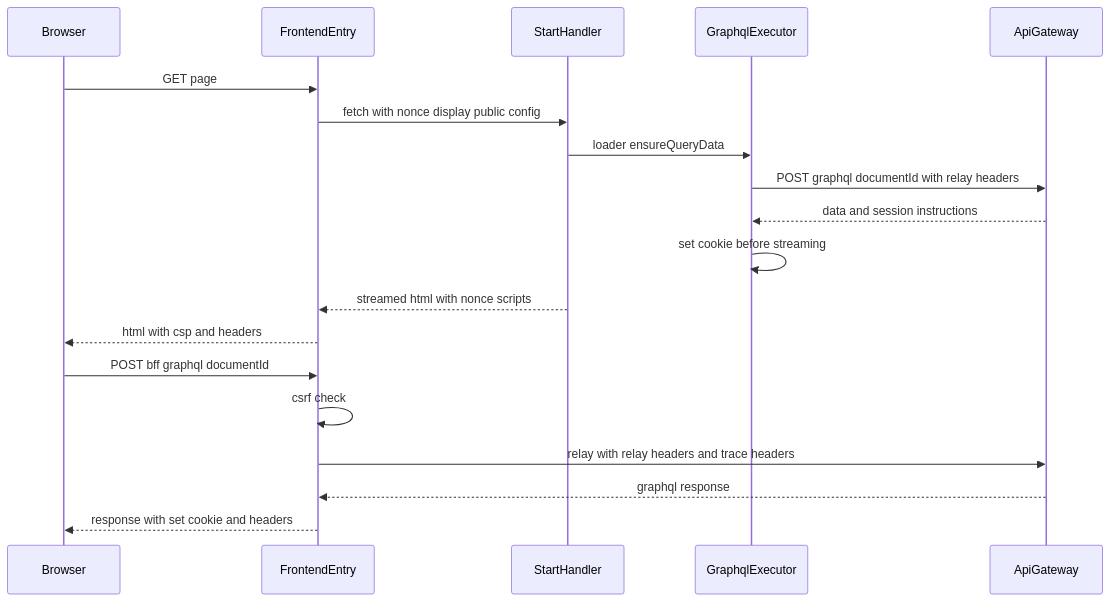
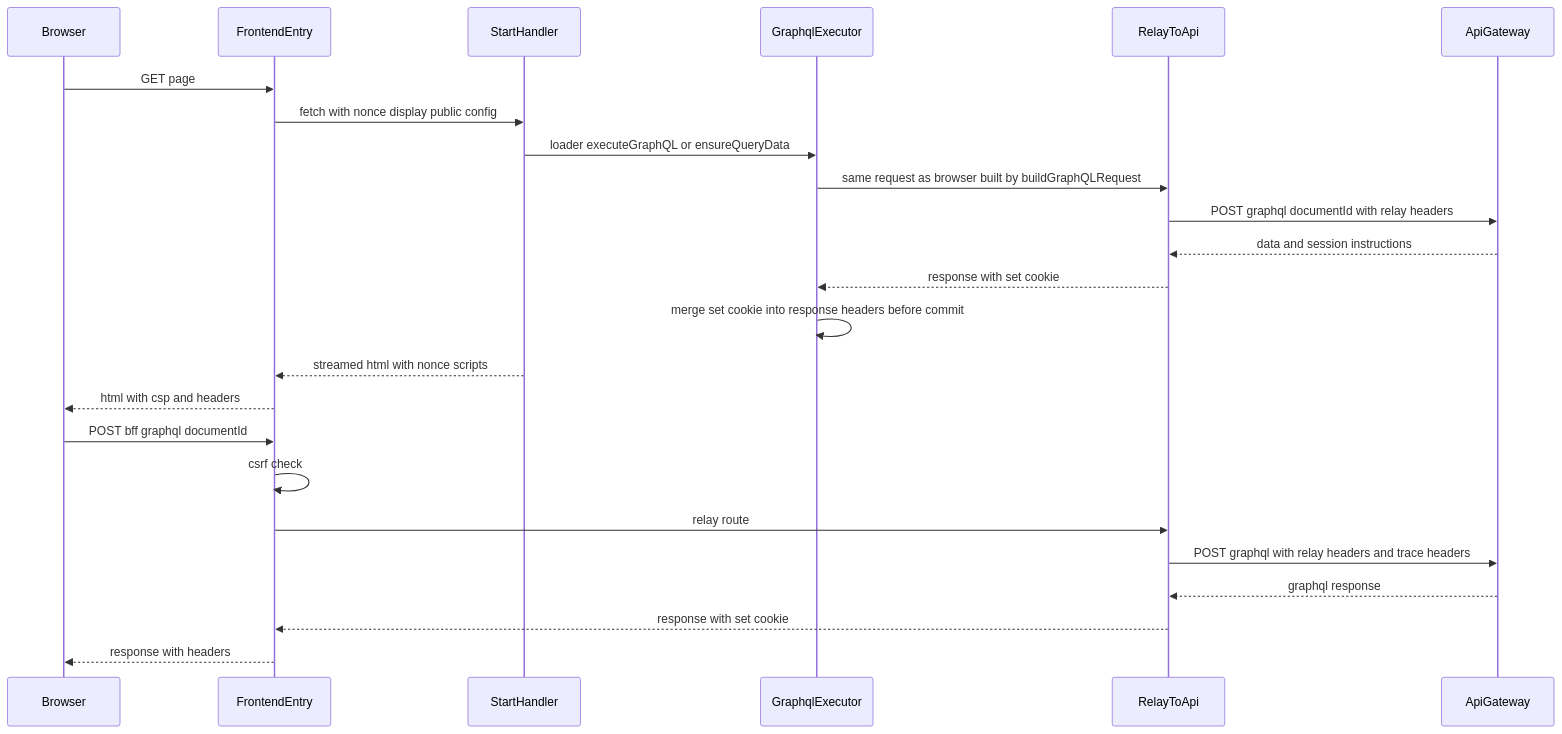
One commit to kurachiweb/genai-example-2-launch-platform changed the third of 5 diagrams in .kiro/specs/frontend-platform/design.md. Above: the diagram before and after it, drawn with Mermaid. The commit also changed other lines of this file, not shown here.

````diff
--- a/.kiro/specs/frontend-platform/design.md
+++ b/.kiro/specs/frontend-platform/design.md
@@ -335,21 +404,26 @@
 ```mermaid
 sequenceDiagram
     participant B as Browser
     participant E as FrontendEntry
     participant S as StartHandler
     participant X as GraphqlExecutor
+    participant R as RelayToApi
     participant G as ApiGateway
     B->>E: GET page
     E->>S: fetch with nonce display public config
-    S->>X: loader ensureQueryData
-    X->>G: POST graphql documentId with relay headers
-    G-->>X: data and session instructions
-    X->>X: set cookie before streaming
+    S->>X: loader executeGraphQL or ensureQueryData
+    X->>R: same request as browser built by buildGraphQLRequest
+    R->>G: POST graphql documentId with relay headers
+    G-->>R: data and session instructions
+    R-->>X: response with set cookie
+    X->>X: merge set cookie into response headers before commit
     S-->>E: streamed html with nonce scripts
     E-->>B: html with csp and headers
     B->>E: POST bff graphql documentId
     E->>E: csrf check
-    E->>G: relay with relay headers and trace headers
-    G-->>E: graphql response
-    E-->>B: response with set cookie and headers
+    E->>R: relay route
+    R->>G: POST graphql with relay headers and trace headers
+    G-->>R: graphql response
+    R-->>E: response with set cookie
+    E-->>B: response with headers
 ```
````
